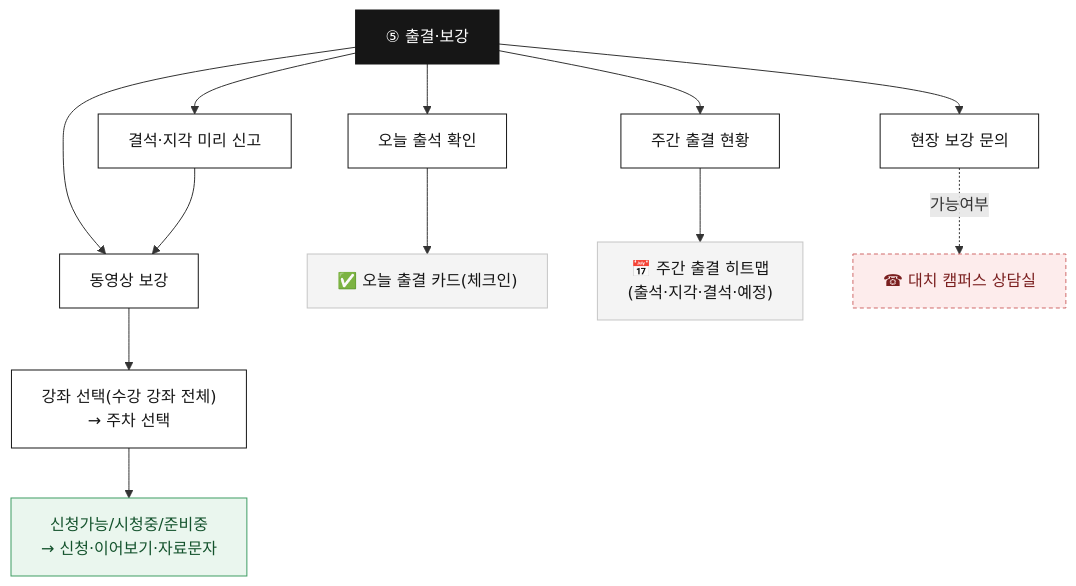
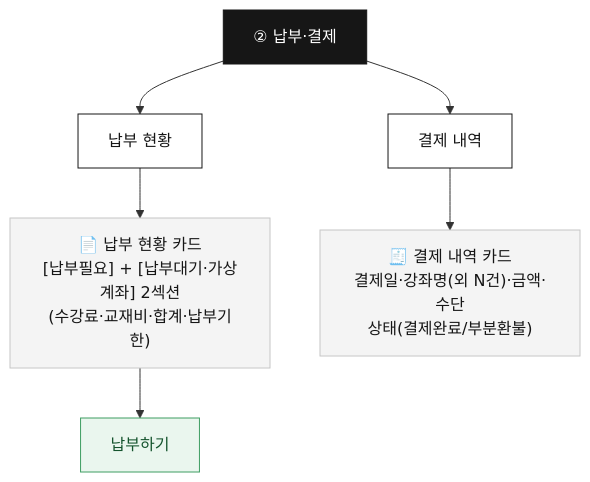
The fifth of 8 diagrams in analysis/myclass-chatbot/SCENARIO_PLAN.md (layr8x/Wiki), drawn with Mermaid before and after one commit. The commit also changed other lines of this file and 15 other files, not shown here.

````diff
--- a/analysis/myclass-chatbot/SCENARIO_PLAN.md
+++ b/analysis/myclass-chatbot/SCENARIO_PLAN.md
@@ -229,22 +141,15 @@
 ```mermaid
 flowchart TD
-  E["⑤ 출결·보강"]:::menu
-  E --> MK["동영상 보강"]:::step
-  E --> TD["오늘 출석 확인"]:::step
-  E --> WK["주간 출결 현황"]:::step
-  E --> AB["결석·지각 미리 신고"]:::step
-  E --> FB["현장 보강 문의"]:::step
+  B["② 납부·결제"]:::menu
+  B --> S["납부 현황"]:::step
+  B --> H["결제 내역"]:::step
 
-  MK --> MK1["강좌 선택(수강 강좌 전체)<br/>→ 주차 선택"]:::step
-  MK1 --> MK2["신청가능/시청중/준비중<br/>→ 신청·이어보기·자료문자"]:::solve
-  TD --> TDC["✅ 오늘 출결 카드(체크인)"]:::card
-  WK --> WKC["📅 주간 출결 히트맵<br/>(출석·지각·결석·예정)"]:::card
-  AB --> MK
-  FB -.가능여부.-> CP["☎ 대치 캠퍼스 상담실"]:::hand
+  S --> SC["📄 납부 현황 카드<br/>[납부필요] + [납부대기·가상계좌] 2섹션<br/>(수강료·교재비·합계·납부기한)"]:::card
+  SC --> PAY["납부하기"]:::solve
+  H --> HC["🧾 결제 내역 카드<br/>결제일·강좌명(외 N건)·금액·수단<br/>상태(결제완료/부분환불)"]:::card
 
   classDef menu fill:#161616,color:#ffffff,stroke:#161616;
   classDef step fill:#ffffff,color:#161616,stroke:#161616;
   classDef card fill:#f4f4f4,color:#161616,stroke:#c6c6c6;
   classDef solve fill:#eaf6ee,color:#14532d,stroke:#3f9d63;
-  classDef hand fill:#fdecec,color:#7a1f1f,stroke:#d06a6a,stroke-dasharray:4 3;
 ```
````
